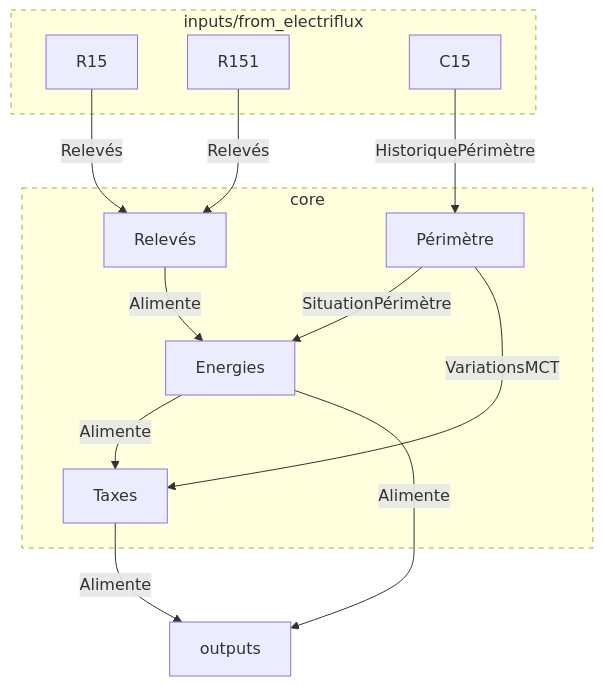
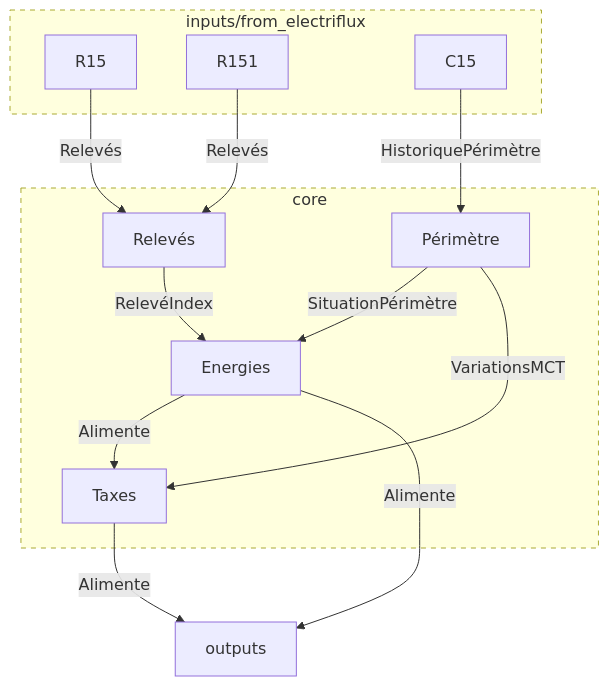
The diagram in README.md (Energie-De-Nantes/electricore), drawn with Mermaid before and after one commit. The commit also changed other lines of this file, not shown here.

````diff
--- a/README.md
+++ b/README.md
@@ -34,34 +34,34 @@
 ```mermaid
 graph TD
 
     subgraph inputs ["inputs/from_electriflux"]
         style inputs stroke-dasharray: 5 5
         R15["R15"]
         R151["R151"]
         C15["C15"]
     end
 
     subgraph core ["core"]
         style core stroke-dasharray: 5 5
         Périmètre["Périmètre"]
         Relevés["Relevés"]
         Energies["Energies"]
         Taxes["Taxes"]
     end
 
     R15 -->|Relevés| Relevés
     R151 -->|Relevés| Relevés
     C15 -->|HistoriquePérimètre| Périmètre
 
     Périmètre -->|SituationPérimètre| Energies
     Périmètre -->|VariationsMCT| Taxes
 
-    Relevés -->|Alimente| Energies
+    Relevés -->| RelevéIndex | Energies
 
     Energies -->|Alimente| Taxes
     Energies -->|Alimente| outputs
 
     Taxes -->|Alimente| outputs
 
 
 ```
````
